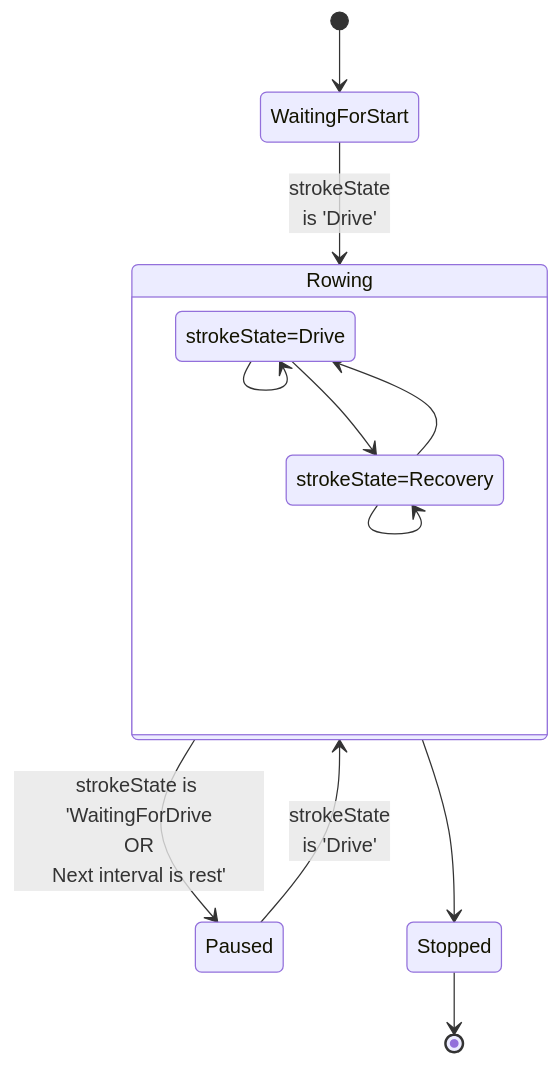
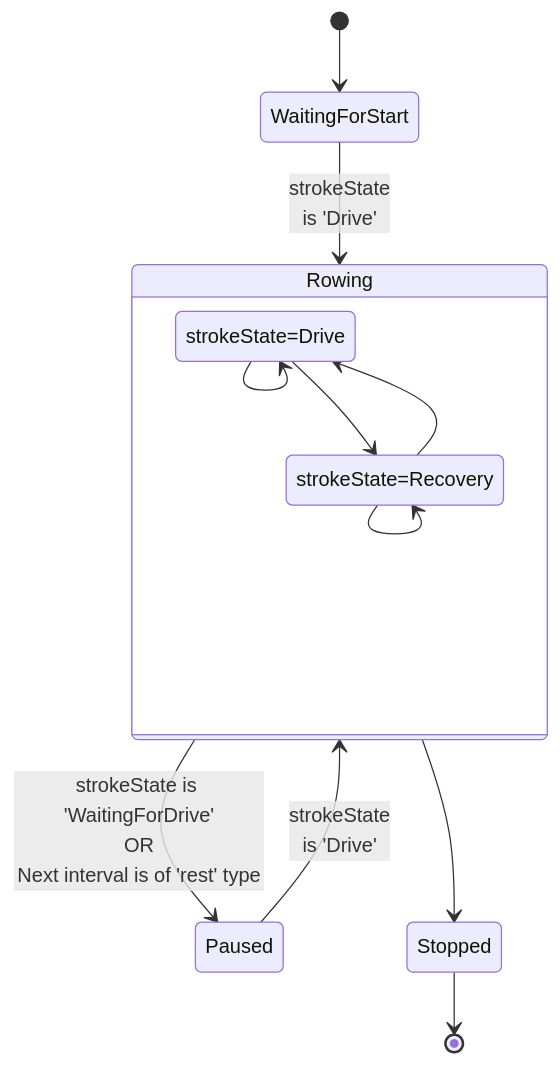
Before and after one commit to JaapvanEkris/openrowingmonitor: the fifth of 6 diagrams in docs/Architecture.md, drawn with Mermaid.

````diff
--- a/docs/Architecture.md
+++ b/docs/Architecture.md
@@ -209,15 +209,15 @@
 ```mermaid
 stateDiagram-v2
     [*] --> WaitingForStart
     WaitingForStart --> Rowing: strokeState<br>is 'Drive'
     state Rowing {
         strokeState=Drive --> strokeState=Recovery
         strokeState=Drive --> strokeState=Drive
         strokeState=Recovery --> strokeState=Drive
         strokeState=Recovery --> strokeState=Recovery
     }
-    Rowing --> Paused: strokeState is 'WaitingForDrive<br>OR<br>Next interval is rest'
+    Rowing --> Paused: strokeState is 'WaitingForDrive'<br>OR<br>Next interval is of 'rest' type
     Paused --> Rowing: strokeState<br>is 'Drive'
     Rowing --> Stopped
     Stopped --> [*]
 ```
````
